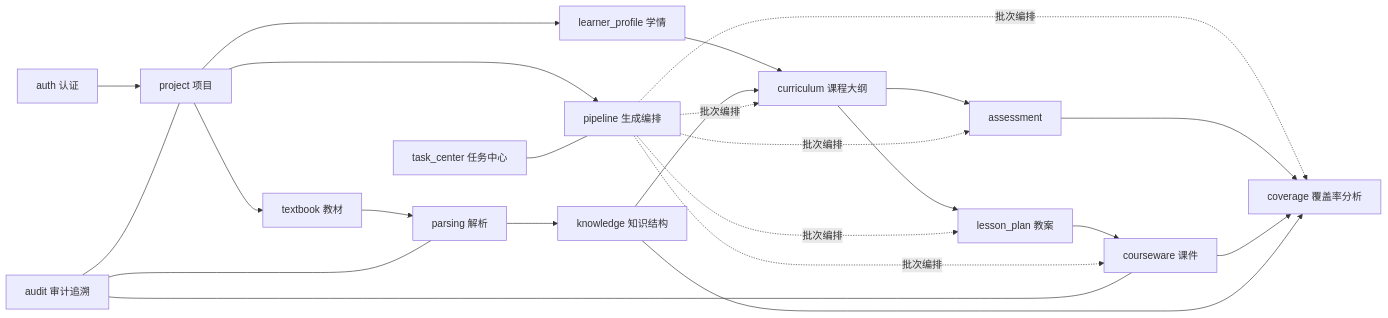
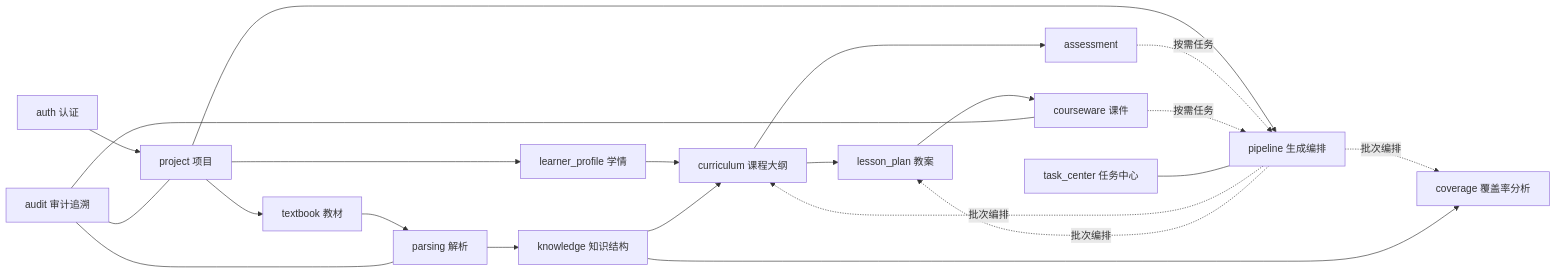
One commit to rgzn7/EduWeave changed the diagram in docs/后端模块详细设计说明书.md. Above: the diagram before and after it, drawn with Mermaid. The commit also changed other lines of this file and 28 other files, not shown here.

````diff
--- a/docs/后端模块详细设计说明书.md
+++ b/docs/后端模块详细设计说明书.md
@@ -53,26 +53,24 @@
 ```mermaid
 flowchart LR
     auth["auth 认证"] --> project["project 项目"]
     project["project 项目"] --> textbook["textbook 教材"]
     project --> learner["learner_profile 学情"]
     project --> pipeline["pipeline 生成编排"]
     textbook --> parsing["parsing 解析"]
     parsing --> knowledge["knowledge 知识结构"]
     learner --> curriculum["curriculum 课程大纲"]
     knowledge --> curriculum
     curriculum --> lesson["lesson_plan 教案"]
     curriculum --> assessment
     lesson --> courseware["courseware 课件"]
     pipeline -.批次编排.-> curriculum
     pipeline -.批次编排.-> lesson
-    pipeline -.批次编排.-> assessment
-    pipeline -.批次编排.-> courseware
     pipeline -.批次编排.-> coverage["coverage 覆盖率分析"]
-    assessment --> coverage
-    courseware --> coverage
+    assessment -.按需任务.-> pipeline
+    courseware -.按需任务.-> pipeline
     knowledge --> coverage
     task["task_center 任务中心"] --- pipeline
     audit["audit 审计追溯"] --- project
     audit --- parsing
     audit --- courseware
 ```
````
